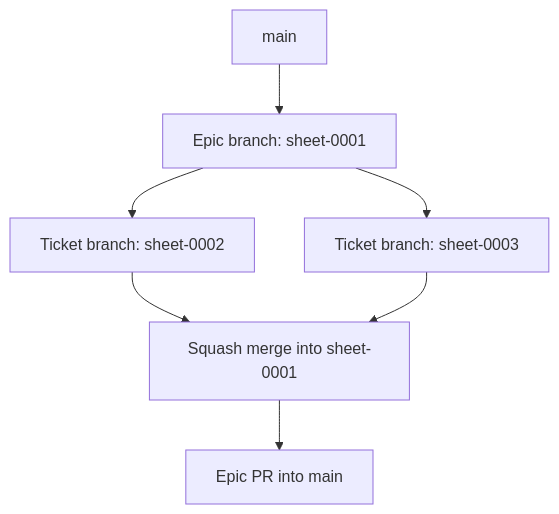
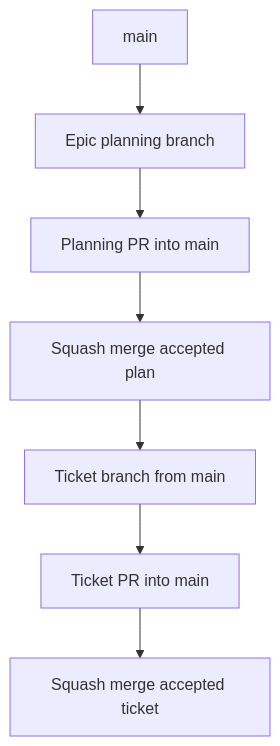
Before and after one commit to Macavitymadcap/character-sheet: the diagram in CONTRIBUTING.md, drawn with Mermaid. The commit also changed other lines of this file and 3 other files, not shown here.

Commit message:
docs(sheet): align sheet 0012 branch flow

````diff
--- a/CONTRIBUTING.md
+++ b/CONTRIBUTING.md
@@ -20,9 +21,9 @@
 ```mermaid
 flowchart TD
-    A["main"] --> B["Epic branch: sheet-0001"]
-    B --> C["Ticket branch: sheet-0002"]
-    B --> D["Ticket branch: sheet-0003"]
-    C --> E["Squash merge into sheet-0001"]
-    D --> E
-    E --> F["Epic PR into main"]
+    A["main"] --> B["Epic planning branch"]
+    B --> C["Planning PR into main"]
+    C --> D["Squash merge accepted plan"]
+    D --> E["Ticket branch from main"]
+    E --> F["Ticket PR into main"]
+    F --> G["Squash merge accepted ticket"]
 ```
````
